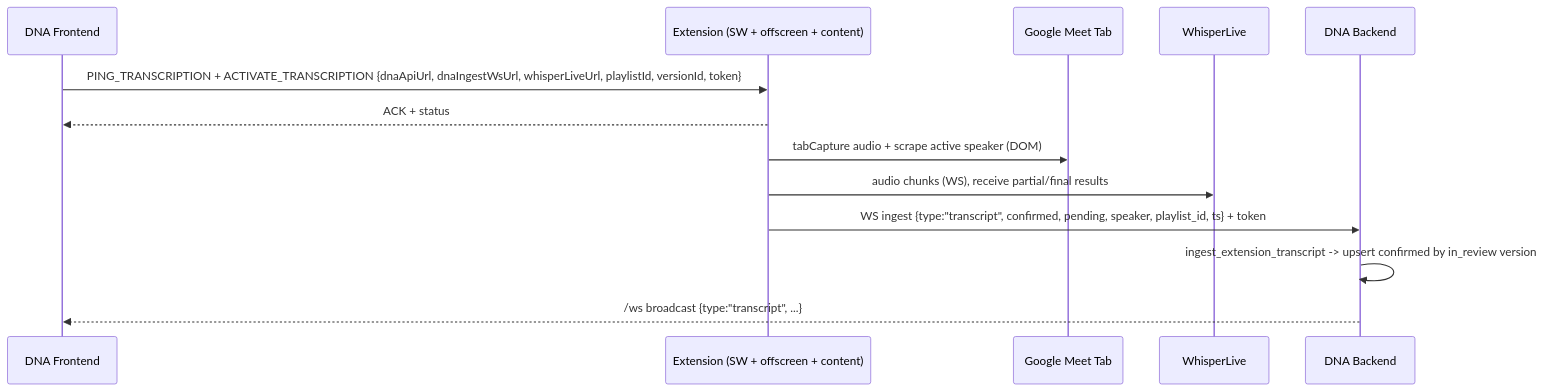
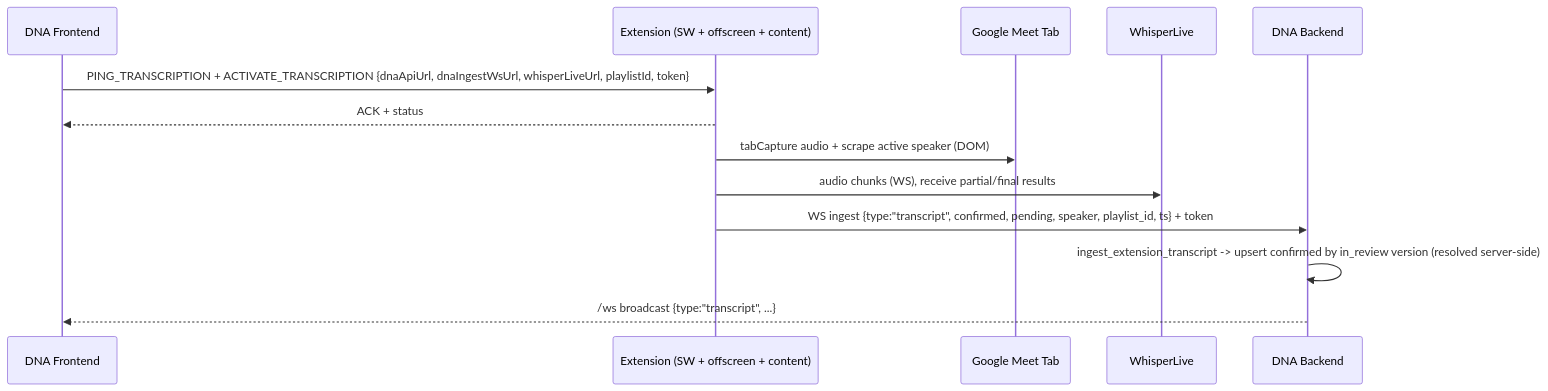
The seventh of 7 diagrams in backend/docs/TRANSCRIPTION_PIPELINE.md (AcademySoftwareFoundation/dna), drawn with Mermaid before and after one commit. The commit also changed 8 other files, not shown here.

Commit message:
Fix the version routing bug and the google extension permissions after refactor.

````diff
--- a/backend/docs/TRANSCRIPTION_PIPELINE.md
+++ b/backend/docs/TRANSCRIPTION_PIPELINE.md
@@ -1451,15 +1451,15 @@
 ```mermaid
 sequenceDiagram
   participant FE as DNA Frontend
   participant EXT as Extension (SW + offscreen + content)
   participant MEET as Google Meet Tab
   participant WL as WhisperLive
   participant BE as DNA Backend
-  FE->>EXT: PING_TRANSCRIPTION + ACTIVATE_TRANSCRIPTION {dnaApiUrl, dnaIngestWsUrl, whisperLiveUrl, playlistId, versionId, token}
+  FE->>EXT: PING_TRANSCRIPTION + ACTIVATE_TRANSCRIPTION {dnaApiUrl, dnaIngestWsUrl, whisperLiveUrl, playlistId, token}
   EXT-->>FE: ACK + status
   EXT->>MEET: tabCapture audio + scrape active speaker (DOM)
   EXT->>WL: audio chunks (WS), receive partial/final results
   EXT->>BE: WS ingest {type:"transcript", confirmed, pending, speaker, playlist_id, ts} + token
-  BE->>BE: ingest_extension_transcript -> upsert confirmed by in_review version
+  BE->>BE: ingest_extension_transcript -> upsert confirmed by in_review version (resolved server-side)
   BE-->>FE: /ws broadcast {type:"transcript", ...}
 ```
````
